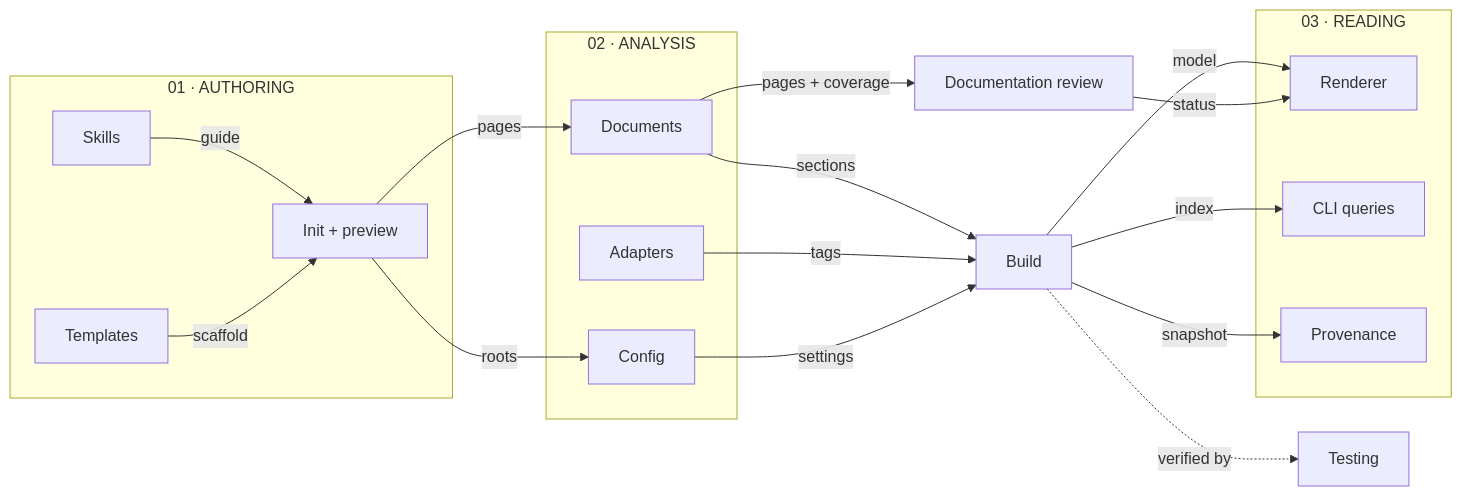
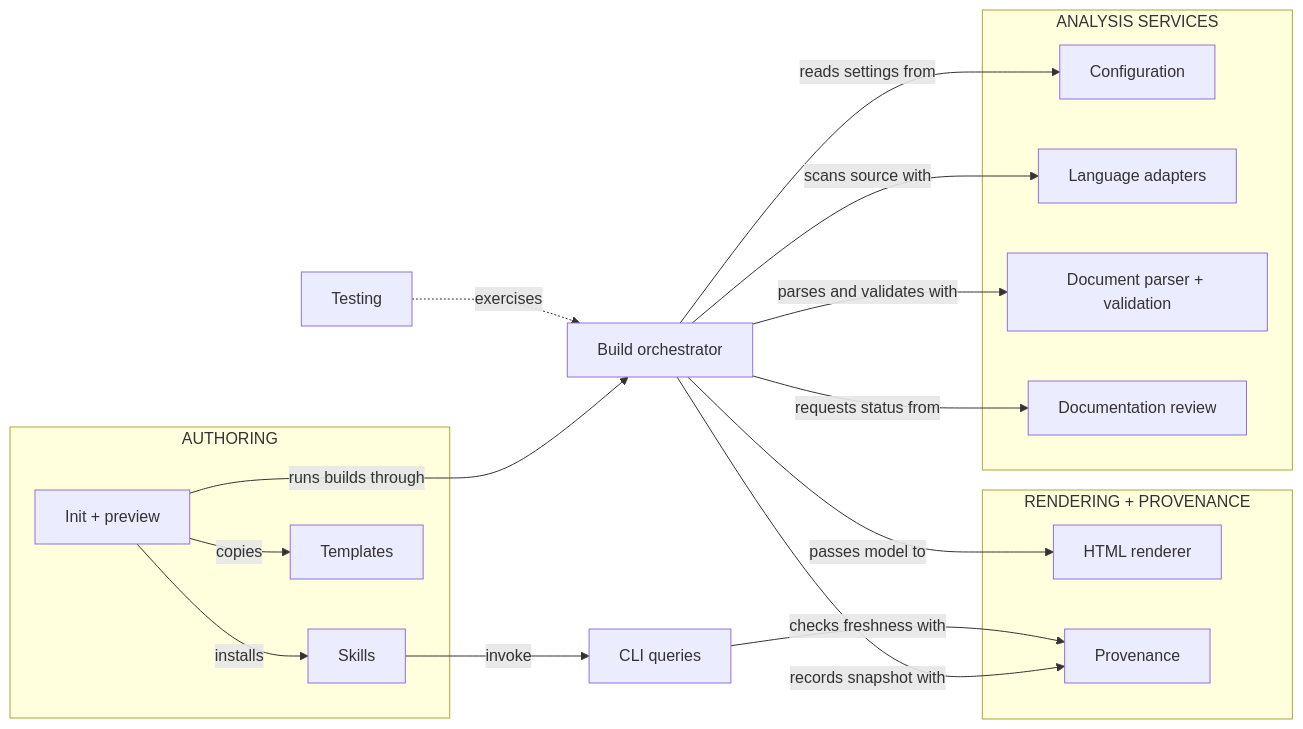
One commit to Lizhou31/codewiki changed the diagram in codewiki/wiki/architecture.md. Above: the diagram before and after it, drawn with Mermaid. The commit also changed other lines of this file and 14 other files, not shown here.

First line of the commit message:
docs: Add review documents and update architecture and build guides

````diff
--- a/codewiki/wiki/architecture.md
+++ b/codewiki/wiki/architecture.md
@@ -35,28 +36,33 @@
 ```mermaid
 flowchart LR
-  subgraph authoring_layer["01 · AUTHORING"]
-    skills["Skills"] -->|guide| authoring["Init + preview"]
-    templates["Templates"] -->|scaffold| authoring
+  subgraph authoring_layer["AUTHORING"]
+    skills["Skills"]
+    templates["Templates"]
+    authoring["Init + preview"]
   end
-  subgraph core_layer["02 · ANALYSIS"]
-    documents["Documents"]
-    languages["Adapters"]
-    config["Config"]
+  orchestrator["Build orchestrator"]
+  subgraph analysis_services["ANALYSIS SERVICES"]
+    config["Configuration"]
+    languages["Language adapters"]
+    documents["Document parser + validation"]
+    reviews["Documentation review"]
   end
-  subgraph reading_layer["03 · READING"]
-    renderer["Renderer"]
-    queries["CLI queries"]
+  subgraph output_services["RENDERING + PROVENANCE"]
+    renderer["HTML renderer"]
     history["Provenance"]
   end
-  authoring -->|pages| documents
-  authoring -->|roots| config
-  documents -->|sections| build["Build"]
-  languages -->|tags| build
-  config -->|settings| build
-  build -->|model| renderer
-  build -->|index| queries
-  build -->|snapshot| history
-  build -.->|verified by| testing["Testing"]
-  documents -->|pages + coverage| reviews["Documentation review"]
-  reviews -->|status| renderer
+  queries["CLI queries"]
+  testing["Testing"]
+  authoring -->|copies| templates
+  authoring -->|installs| skills
+  authoring -->|runs builds through| orchestrator
+  skills -->|invoke| queries
+  orchestrator -->|reads settings from| config
+  orchestrator -->|scans source with| languages
+  orchestrator -->|parses and validates with| documents
+  orchestrator -->|requests status from| reviews
+  orchestrator -->|passes model to| renderer
+  orchestrator -->|records snapshot with| history
+  queries -->|checks freshness with| history
+  testing -.->|exercises| orchestrator
 ```
````
